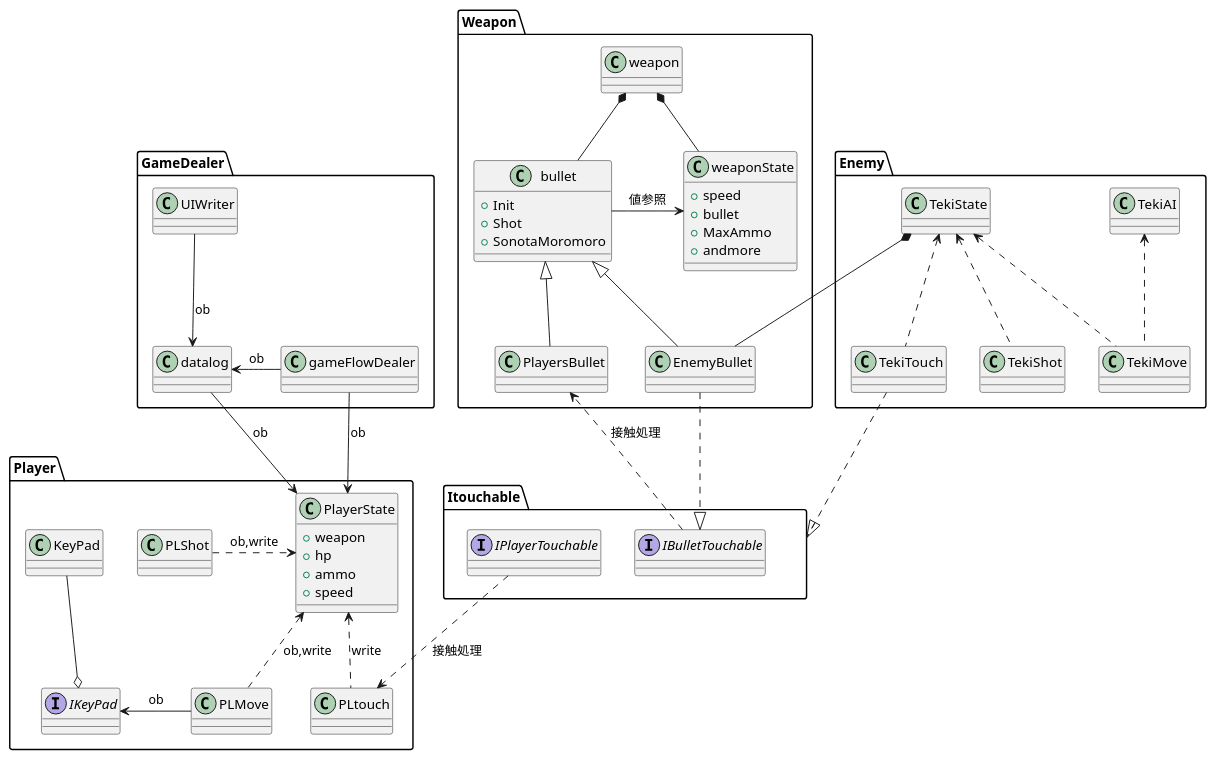
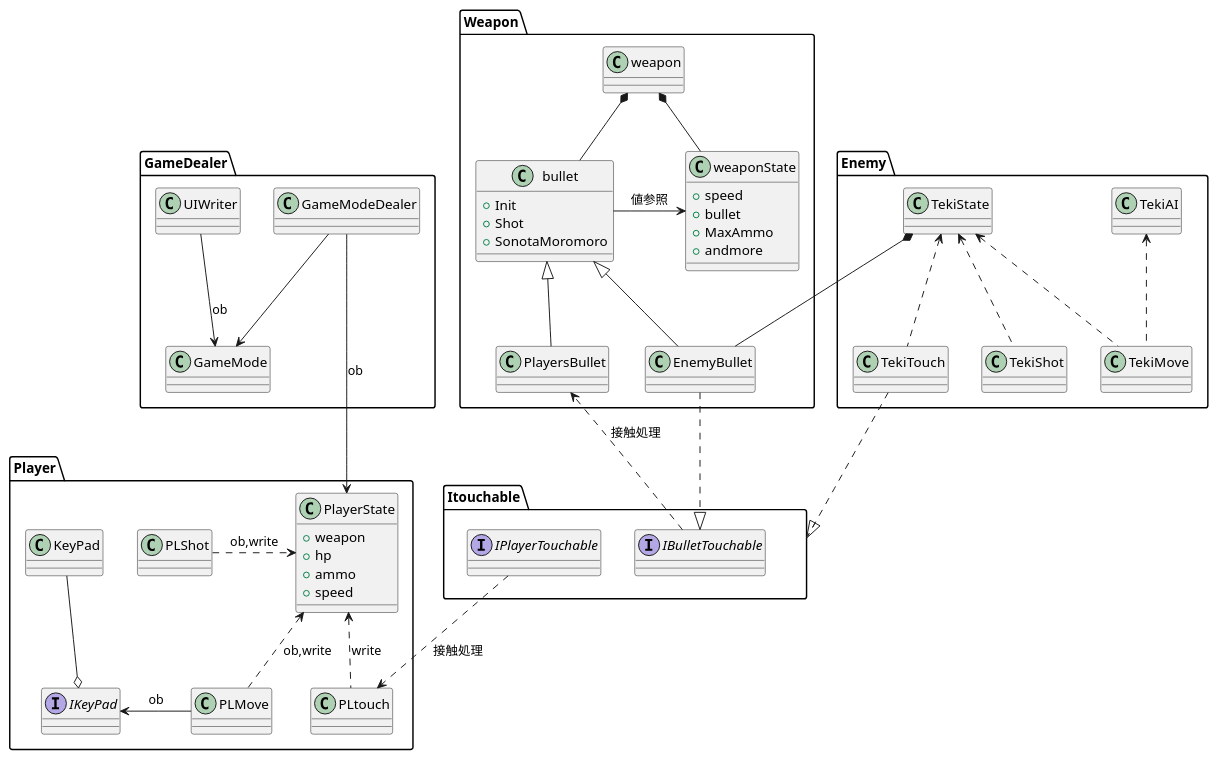
The diagram in Assets/Script/ClassDesign.pu (hitoiki/UnityRoomShooting), drawn with PlantUML before and after one commit. The commit also changed 982 other files, not shown here.

```diff
--- a/Assets/Script/ClassDesign.pu
+++ b/Assets/Script/ClassDesign.pu
@@ -1,89 +1,88 @@
 @startuml クラス図
 
 
 package Player{
 class PlayerState{
 +weapon
 +hp
 +ammo
 +speed
 }
 
 class PLMove
 class PLShot
 class PLtouch
 
 interface IKeyPad
 class KeyPad
 
 KeyPad --o IKeyPad
 IKeyPad <- PLMove : ob
 PlayerState <.left. PLShot : ob,write
 PlayerState <.. PLMove : ob,write
 PlayerState <.. PLtouch : write
 }
 
 package Itouchable{
     interface IBulletTouchable
     interface IPlayerTouchable
 }
     IPlayerTouchable ..> PLtouch : 接触処理 
 
 package Weapon{
     class weapon
     
     class bullet{
         +Init
         +Shot
         +SonotaMoromoro
     }
     
     class weaponState{
         +speed
         +bullet
         +MaxAmmo
         +andmore
     }
 
     class PlayersBullet
     weapon *-- bullet
     weapon *-- weaponState
     weaponState<-left- bullet : 値参照
     bullet <|-- EnemyBullet
     IBulletTouchable <|.Up. EnemyBullet
     bullet <|-- PlayersBullet
 
 }
 
 
 
 package Enemy{
     class TekiMove
     class TekiTouch
     class TekiShot
     class TekiAI
     class TekiState
 
     TekiState <.. TekiMove
     TekiAI <.. TekiMove
     TekiState <.. TekiTouch
     TekiState <.. TekiShot
     Itouchable <|.up. TekiTouch
     TekiState *-- EnemyBullet 
     IBulletTouchable ..> PlayersBullet :接触処理
 }
 
 package GameDealer{
-    class datalog
-    class gameFlowDealer
+    class GameMode
     class UIWriter
+    class GameModeDealer
 
-    PlayerState <-Up- datalog : ob
-    datalog <-up- UIWriter : ob
-    datalog <- gameFlowDealer : ob
+    GameMode <-up- UIWriter : ob
+    GameMode <-up- GameModeDealer
 
-    PlayerState <- gameFlowDealer : ob
+    PlayerState <--up- GameModeDealer : ob
 
 }
 
 @enduml
```
